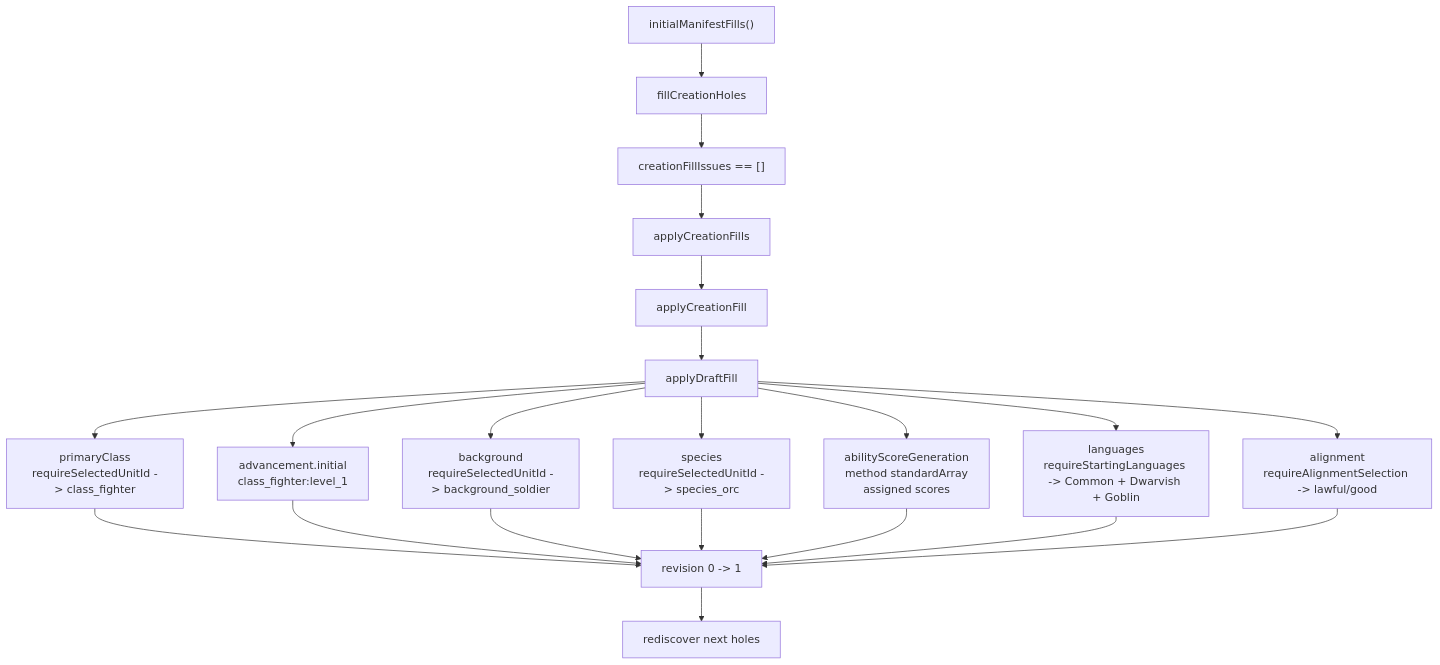
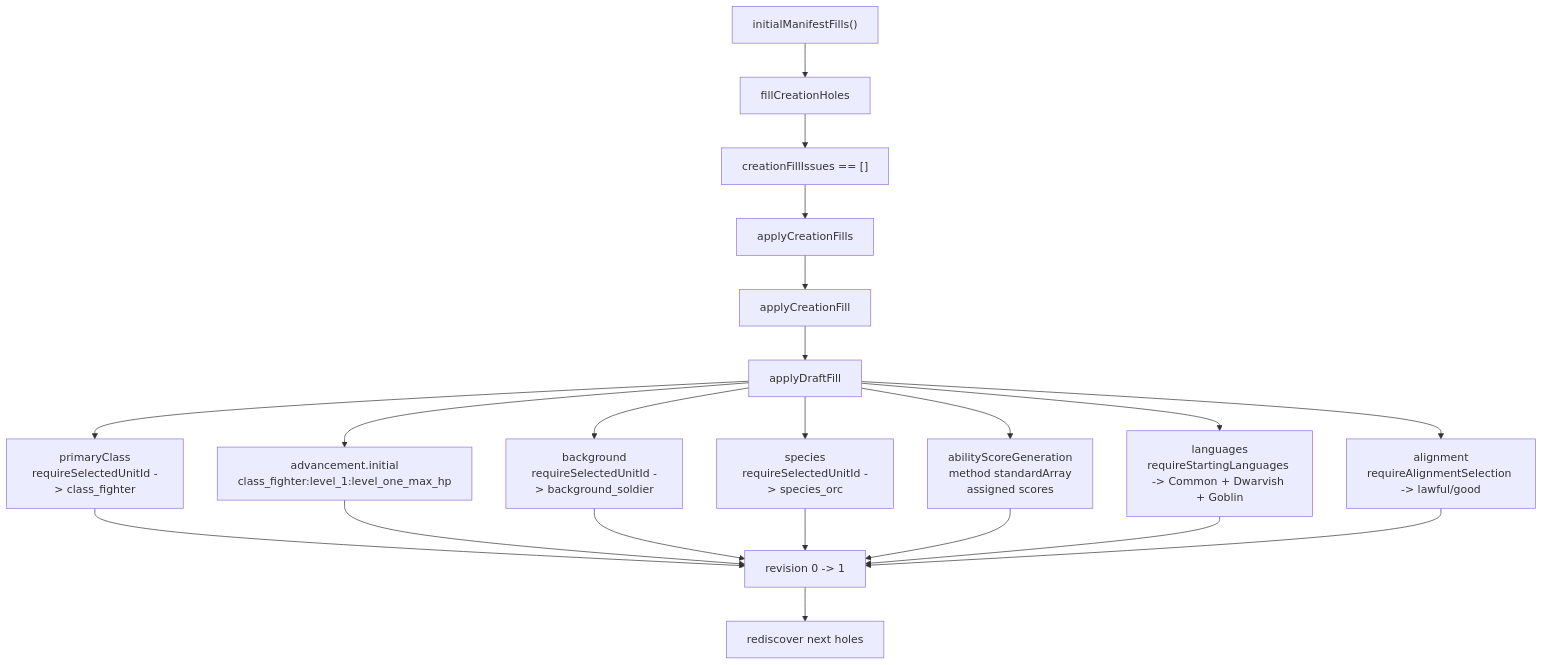
The fifth of 10 diagrams in packages/character-creation-runtime/EXPLANATORY_TIME_DIAGRAM.md (dearlordylord/5e-quint), drawn with Mermaid before and after one commit. The commit also changed other lines of this file and 16 other files, not shown here.

````diff
--- a/packages/character-creation-runtime/EXPLANATORY_TIME_DIAGRAM.md
+++ b/packages/character-creation-runtime/EXPLANATORY_TIME_DIAGRAM.md
@@ -313,35 +313,35 @@
 ```mermaid
 flowchart TD
   Batch["initialManifestFills()"]
   Fill["fillCreationHoles"]
   Validate["creationFillIssues == []"]
   Apply["applyCreationFills"]
   Dispatch["applyCreationFill"]
   DraftFill["applyDraftFill"]
   Class["primaryClass<br/>requireSelectedUnitId -> class_fighter"]
-  Advancement["advancement.initial<br/>class_fighter:level_1"]
+  Advancement["advancement.initial<br/>class_fighter:level_1:level_one_max_hp"]
   Background["background<br/>requireSelectedUnitId -> background_soldier"]
   Species["species<br/>requireSelectedUnitId -> species_orc"]
   Scores["abilityScoreGeneration<br/>method standardArray<br/>assigned scores"]
   Languages["languages<br/>requireStartingLanguages -> Common + Dwarvish + Goblin"]
   Alignment["alignment<br/>requireAlignmentSelection -> lawful/good"]
   Rev["revision 0 -> 1"]
   Next["rediscover next holes"]
 
   Batch --> Fill --> Validate --> Apply --> Dispatch --> DraftFill
   DraftFill --> Class
   DraftFill --> Advancement
   DraftFill --> Background
   DraftFill --> Species
   DraftFill --> Scores
   DraftFill --> Languages
   DraftFill --> Alignment
   Class --> Rev
   Advancement --> Rev
   Background --> Rev
   Species --> Rev
   Scores --> Rev
   Languages --> Rev
   Alignment --> Rev
   Rev --> Next
 ```
````
